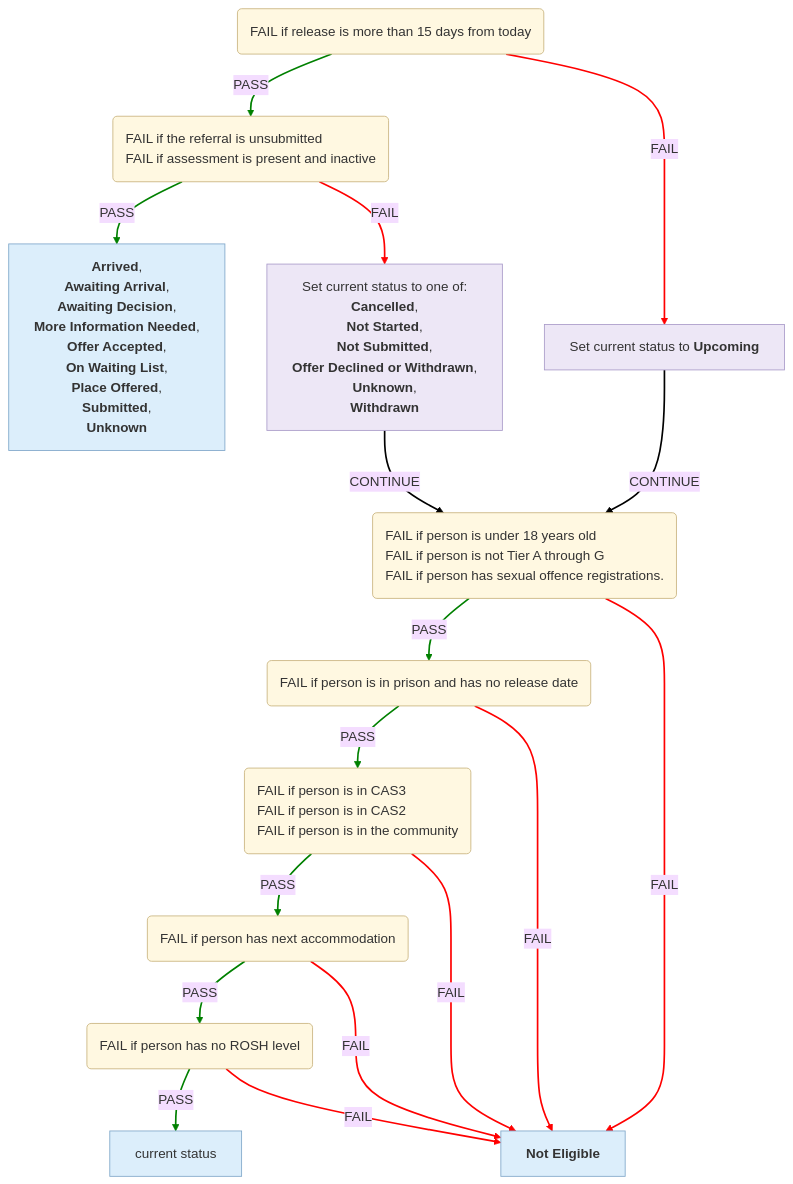
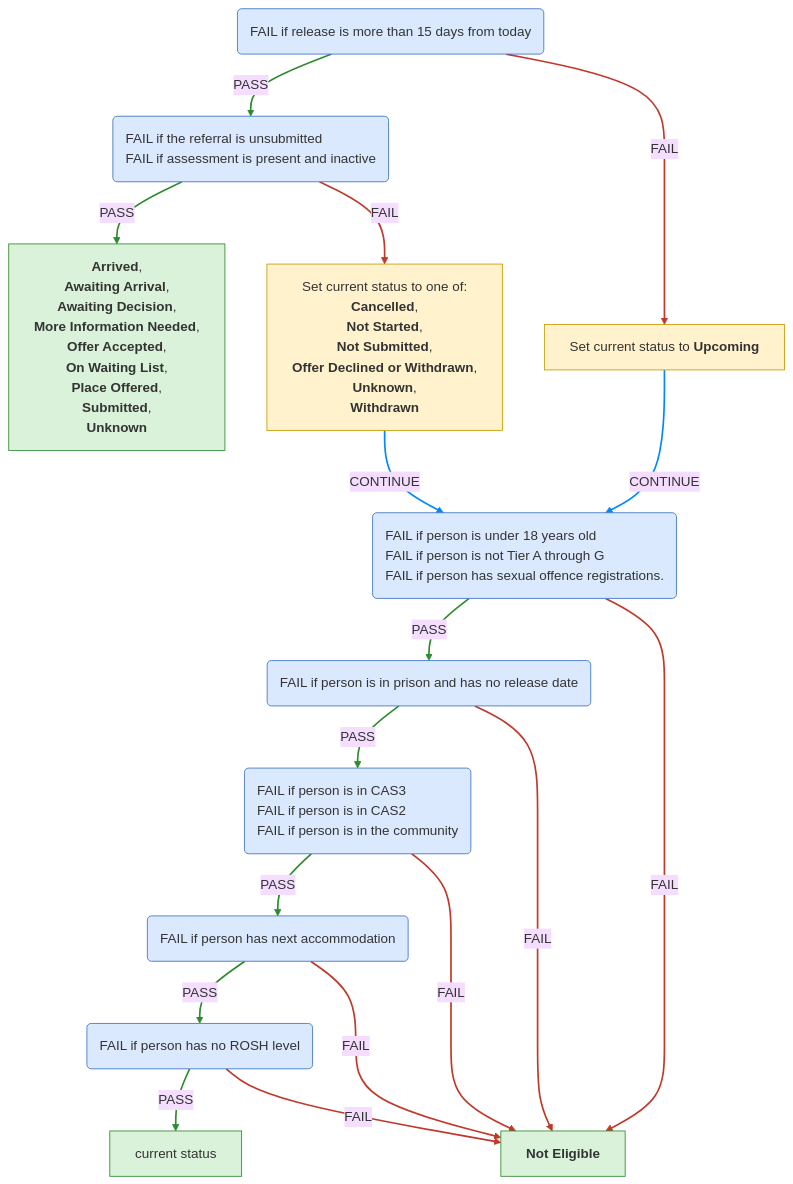
Before and after one commit to ministryofjustice/hmpps-single-accommodation-service-api: the second of 6 diagrams in docs/eligibility-rules-graph.md, drawn with Mermaid (base theme). The commit also changed other lines of this file and 47 other files, not shown here.

Commit message:
wip-cas1-cards-graph

````diff
--- a/docs/eligibility-rules-graph.md
+++ b/docs/eligibility-rules-graph.md
@@ -179,60 +196,60 @@
 ```mermaid
 %%{init: {"flowchart": {"wrappingWidth": 800}}}%%
 flowchart TD
-  Release_Within_15_Days("<div style='text-align:left'>FAIL if release is more than 15 days from today</div>")
-  CAS2_Referral("<div style='text-align:left'>FAIL if the referral is unsubmitted
+  PASS_if_person_can_start_referral("<div style='text-align:left'>FAIL if release is more than 15 days from today</div>")
+  PASS_if_person_has_an_active_referral("<div style='text-align:left'>FAIL if the referral is unsubmitted
 FAIL if assessment is present and inactive</div>")
   outcome_Cas2ActiveContextUpdater["<b>Arrived</b>,
  <b>Awaiting Arrival</b>,
  <b>Awaiting Decision</b>,
  <b>More Information Needed</b>,
  <b>Offer Accepted</b>,
  <b>On Waiting List</b>,
  <b>Place Offered</b>,
  <b>Submitted</b>,
  <b>Unknown</b>"]
-  Person_Eligible("<div style='text-align:left'>FAIL if person is under 18 years old
+  PASS_if_person_is_aged_18_or_over__Tier_A___G_and_has_no_sexual_offence_registrations("<div style='text-align:left'>FAIL if person is under 18 years old
 FAIL if person is not Tier A through G
 FAIL if person has sexual offence registrations.</div>")
-  Release_Date_Eligible("<div style='text-align:left'>FAIL if person is in prison and has no release date</div>")
-  Current_Accommodation_Eligible_For_CAS2("<div style='text-align:left'>FAIL if person is in CAS3
+  PASS_if_person_is_in_prison_and_has_a_release_date_or_is_in_other_accommodation("<div style='text-align:left'>FAIL if person is in prison and has no release date</div>")
+  PASS_if_person_is_in_prison_or_CAS1("<div style='text-align:left'>FAIL if person is in CAS3
 FAIL if person is in CAS2
 FAIL if person is in the community</div>")
-  No_Next_Accommodation("<div style='text-align:left'>FAIL if person has next accommodation</div>")
-  ROSH_Eligible("<div style='text-align:left'>FAIL if person has no ROSH level</div>")
+  PASS_if_person_does_not_have_a_next_accommodation("<div style='text-align:left'>FAIL if person has next accommodation</div>")
+  PASS_if_person_has_a_ROSH_level("<div style='text-align:left'>FAIL if person has no ROSH level</div>")
   confirmed["current status"]
   CAS2_NOT_ELIGIBLE["<b>Not Eligible</b>"]
-  updater_Cas2StartContextUpdater_Person_Eligible["Set current status to one of:
+  updater_Cas2StartContextUpdater_PASS_if_person_is_aged_18_or_over__Tier_A___G_and_has_no_sexual_offence_registrations["Set current status to one of:
 <b>Cancelled</b>,
  <b>Not Started</b>,
  <b>Not Submitted</b>,
  <b>Offer Declined or Withdrawn</b>,
  <b>Unknown</b>,
  <b>Withdrawn</b>"]
-  updater_Cas2UpcomingContextUpdater_Person_Eligible["Set current status to <b>Upcoming</b>"]
-  CAS2_Referral -->|PASS| outcome_Cas2ActiveContextUpdater
-  ROSH_Eligible -->|PASS| confirmed
-  ROSH_Eligible -->|FAIL| CAS2_NOT_ELIGIBLE
-  No_Next_Accommodation -->|PASS| ROSH_Eligible
-  No_Next_Accommodation -->|FAIL| CAS2_NOT_ELIGIBLE
-  Current_Accommodation_Eligible_For_CAS2 -->|PASS| No_Next_Accommodation
-  Current_Accommodation_Eligible_For_CAS2 -->|FAIL| CAS2_NOT_ELIGIBLE
-  Release_Date_Eligible -->|PASS| Current_Accommodation_Eligible_For_CAS2
-  Release_Date_Eligible -->|FAIL| CAS2_NOT_ELIGIBLE
-  Person_Eligible -->|PASS| Release_Date_Eligible
-  Person_Eligible -->|FAIL| CAS2_NOT_ELIGIBLE
-  CAS2_Referral -->|FAIL| updater_Cas2StartContextUpdater_Person_Eligible
-  updater_Cas2StartContextUpdater_Person_Eligible -->|CONTINUE| Person_Eligible
-  Release_Within_15_Days -->|PASS| CAS2_Referral
-  Release_Within_15_Days -->|FAIL| updater_Cas2UpcomingContextUpdater_Person_Eligible
-  updater_Cas2UpcomingContextUpdater_Person_Eligible -->|CONTINUE| Person_Eligible
-  linkStyle 0,1,3,5,7,9,13 stroke:green,stroke-width:2px
-  linkStyle 2,4,6,8,10,11,14 stroke:red,stroke-width:2px
-  linkStyle 12,15 stroke:black,stroke-width:2px
-  classDef ruleSetNode fill:#FFF8E1,stroke:#C9B37E,color:#333
-  classDef outcomeNode fill:#DCEEFB,stroke:#7FA7C9,color:#333
-  classDef updaterNode fill:#EDE7F6,stroke:#A99BC9,color:#333
-  class Release_Within_15_Days,CAS2_Referral,Person_Eligible,Release_Date_Eligible,Current_Accommodation_Eligible_For_CAS2,No_Next_Accommodation,ROSH_Eligible ruleSetNode
+  updater_Cas2UpcomingContextUpdater_PASS_if_person_is_aged_18_or_over__Tier_A___G_and_has_no_sexual_offence_registrations["Set current status to <b>Upcoming</b>"]
+  PASS_if_person_has_an_active_referral -->|PASS| outcome_Cas2ActiveContextUpdater
+  PASS_if_person_has_a_ROSH_level -->|PASS| confirmed
+  PASS_if_person_has_a_ROSH_level -->|FAIL| CAS2_NOT_ELIGIBLE
+  PASS_if_person_does_not_have_a_next_accommodation -->|PASS| PASS_if_person_has_a_ROSH_level
+  PASS_if_person_does_not_have_a_next_accommodation -->|FAIL| CAS2_NOT_ELIGIBLE
+  PASS_if_person_is_in_prison_or_CAS1 -->|PASS| PASS_if_person_does_not_have_a_next_accommodation
+  PASS_if_person_is_in_prison_or_CAS1 -->|FAIL| CAS2_NOT_ELIGIBLE
+  PASS_if_person_is_in_prison_and_has_a_release_date_or_is_in_other_accommodation -->|PASS| PASS_if_person_is_in_prison_or_CAS1
+  PASS_if_person_is_in_prison_and_has_a_release_date_or_is_in_other_accommodation -->|FAIL| CAS2_NOT_ELIGIBLE
+  PASS_if_person_is_aged_18_or_over__Tier_A___G_and_has_no_sexual_offence_registrations -->|PASS| PASS_if_person_is_in_prison_and_has_a_release_date_or_is_in_other_accommodation
+  PASS_if_person_is_aged_18_or_over__Tier_A___G_and_has_no_sexual_offence_registrations -->|FAIL| CAS2_NOT_ELIGIBLE
+  PASS_if_person_has_an_active_referral -->|FAIL| updater_Cas2StartContextUpdater_PASS_if_person_is_aged_18_or_over__Tier_A___G_and_has_no_sexual_offence_registrations
+  updater_Cas2StartContextUpdater_PASS_if_person_is_aged_18_or_over__Tier_A___G_and_has_no_sexual_offence_registrations -->|CONTINUE| PASS_if_person_is_aged_18_or_over__Tier_A___G_and_has_no_sexual_offence_registrations
+  PASS_if_person_can_start_referral -->|PASS| PASS_if_person_has_an_active_referral
+  PASS_if_person_can_start_referral -->|FAIL| updater_Cas2UpcomingContextUpdater_PASS_if_person_is_aged_18_or_over__Tier_A___G_and_has_no_sexual_offence_registrations
+  updater_Cas2UpcomingContextUpdater_PASS_if_person_is_aged_18_or_over__Tier_A___G_and_has_no_sexual_offence_registrations -->|CONTINUE| PASS_if_person_is_aged_18_or_over__Tier_A___G_and_has_no_sexual_offence_registrations
+  linkStyle 0,1,3,5,7,9,13 stroke:#2e8b2e,stroke-width:2px
+  linkStyle 2,4,6,8,10,11,14 stroke:#c0392b,stroke-width:2px
+  linkStyle 12,15 stroke:#0088ff,stroke-width:2px
+  classDef ruleSetNode fill:#dbe9ff,stroke:#3b73c4,color:#333
+  classDef outcomeNode fill:#d9f2d9,stroke:#2e8b2e,color:#333
+  classDef updaterNode fill:#fff2cc,stroke:#c99a00,color:#333
+  class PASS_if_person_can_start_referral,PASS_if_person_has_an_active_referral,PASS_if_person_is_aged_18_or_over__Tier_A___G_and_has_no_sexual_offence_registrations,PASS_if_person_is_in_prison_and_has_a_release_date_or_is_in_other_accommodation,PASS_if_person_is_in_prison_or_CAS1,PASS_if_person_does_not_have_a_next_accommodation,PASS_if_person_has_a_ROSH_level ruleSetNode
   class outcome_Cas2ActiveContextUpdater,confirmed,CAS2_NOT_ELIGIBLE outcomeNode
-  class updater_Cas2StartContextUpdater_Person_Eligible,updater_Cas2UpcomingContextUpdater_Person_Eligible updaterNode
+  class updater_Cas2StartContextUpdater_PASS_if_person_is_aged_18_or_over__Tier_A___G_and_has_no_sexual_offence_registrations,updater_Cas2UpcomingContextUpdater_PASS_if_person_is_aged_18_or_over__Tier_A___G_and_has_no_sexual_offence_registrations updaterNode
 ```
````
